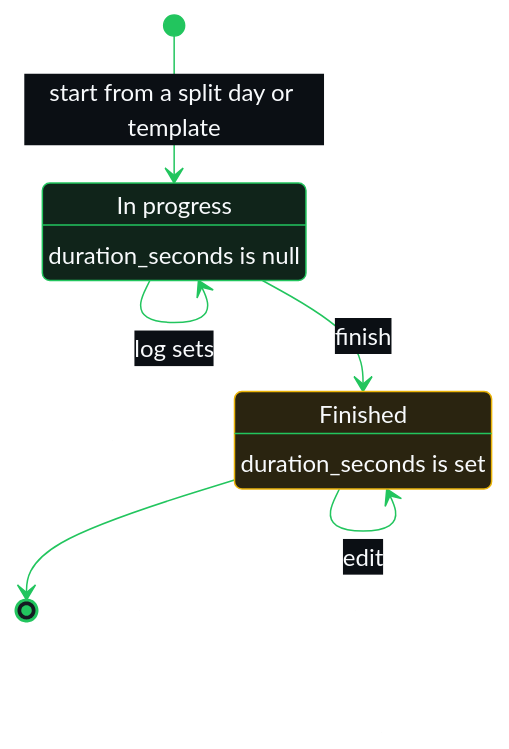
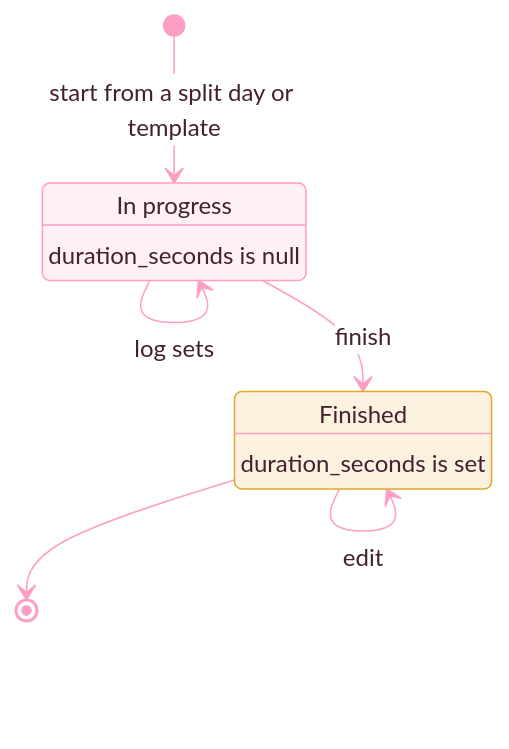
One commit to divyanshjoshii/workout-tracker changed the third of 3 diagrams in docs/architecture.md. Above: the diagram before and after it, drawn with Mermaid. The commit also changed other lines of this file and 4 other files, not shown here.

First line of the commit message:
docs: recolour diagrams and badges to the pink theme

````diff
--- a/docs/architecture.md
+++ b/docs/architecture.md
@@ -270,20 +270,20 @@
 ```mermaid
-%%{init: {"theme": "base", "themeVariables": {"background": "#0B0F14", "primaryColor": "#151A21", "primaryTextColor": "#F8FAFC", "primaryBorderColor": "#22C55E", "lineColor": "#22C55E", "textColor": "#F8FAFC", "edgeLabelBackground": "#0B0F14"}}}%%
-%% palette 219897bf
+%%{init: {"theme":"base","themeVariables":{"background":"#FFFFFF","primaryColor":"#FFFFFF","primaryTextColor":"#43222F","primaryBorderColor":"#FF9EC4","lineColor":"#FF9EC4","secondaryColor":"#FFF3F8","tertiaryColor":"#FFFFFF","textColor":"#43222F","edgeLabelBackground":"#FFFFFF","clusterBkg":"#FFFFFF","clusterBorder":"#D9D3D5","titleColor":"#43222F","rowOdd":"#FFFFFF","rowEven":"#F4F2F3","attributeBackgroundColorOdd":"#FFFFFF","attributeBackgroundColorEven":"#F4F2F3","actorBkg":"#FFFFFF","actorBorder":"#FF9EC4","actorTextColor":"#43222F","actorLineColor":"#AA9CA1","signalColor":"#FF9EC4","signalTextColor":"#43222F","labelBoxBkgColor":"#FFFFFF","labelBoxBorderColor":"#FF9EC4","labelTextColor":"#43222F","loopTextColor":"#43222F","noteBkgColor":"#FFF0F6","noteTextColor":"#43222F","noteBorderColor":"#FF9EC4","activationBkgColor":"#FF9EC4","activationBorderColor":"#FF9EC4"}}}%%
+%% palette 24b50cd8
 stateDiagram-v2
     state "In progress" as InProgress
     state "Finished" as Finished
     InProgress : duration_seconds is null
     Finished : duration_seconds is set
 
     [*] --> InProgress : start from a split day or template
     InProgress --> InProgress : log sets
     InProgress --> Finished : finish
     Finished --> Finished : edit
     Finished --> [*]
 
-    classDef live fill:#10241A,stroke:#22C55E,color:#F8FAFC
-    classDef done fill:#2A2410,stroke:#EAB308,color:#F8FAFC
+    classDef live fill:#FFEFF6,stroke:#FF9EC4,color:#43222F
+    classDef done fill:#FAF1DE,stroke:#E0A92E,color:#43222F
     class InProgress live
     class Finished done
 ```
````
